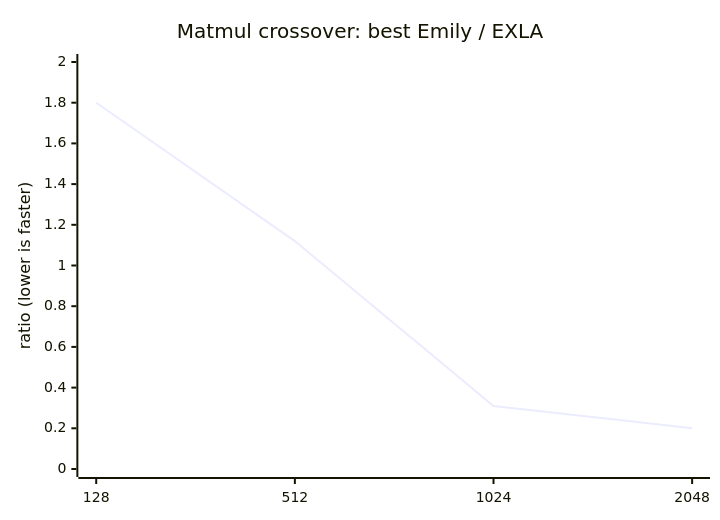
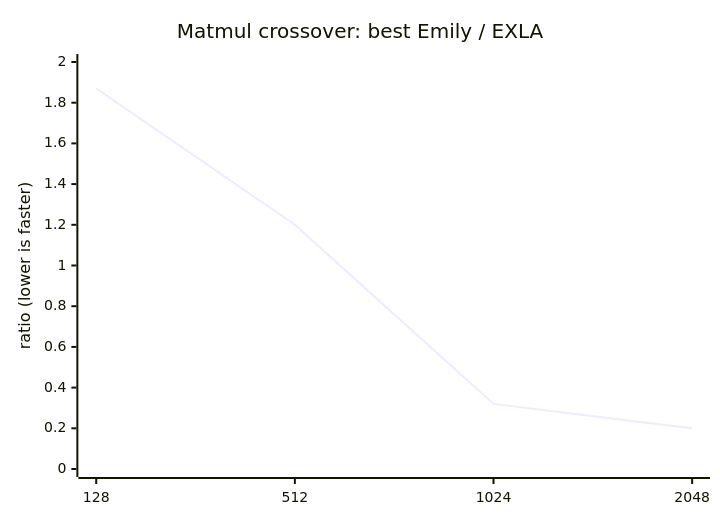
The fourth of 4 diagrams in bench/emily_vs_exla_report.md (ausimian/emily), drawn with Mermaid before and after one commit. The commit also changed other lines of this file and 5 other files, not shown here.

````diff
--- a/bench/emily_vs_exla_report.md
+++ b/bench/emily_vs_exla_report.md
@@ -93,7 +110,7 @@
 ```mermaid
 xychart-beta
   title "Matmul crossover: best Emily / EXLA"
   x-axis ["128", "512", "1024", "2048"]
   y-axis "ratio (lower is faster)" 0 --> 2
-  line [1.80, 1.12, 0.31, 0.20]
+  line [1.87, 1.20, 0.32, 0.20]
 ```
````
